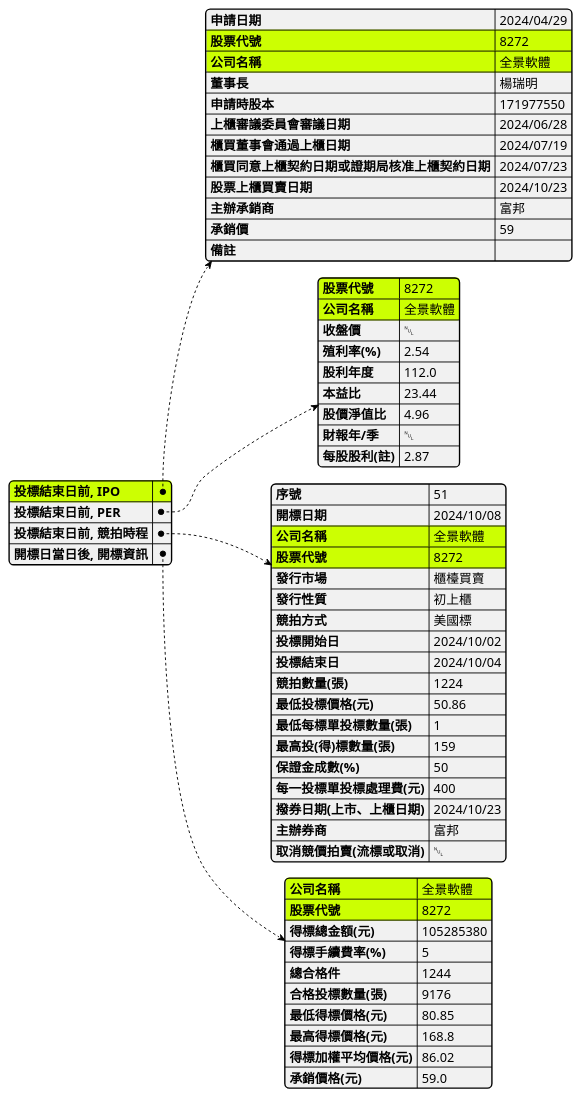
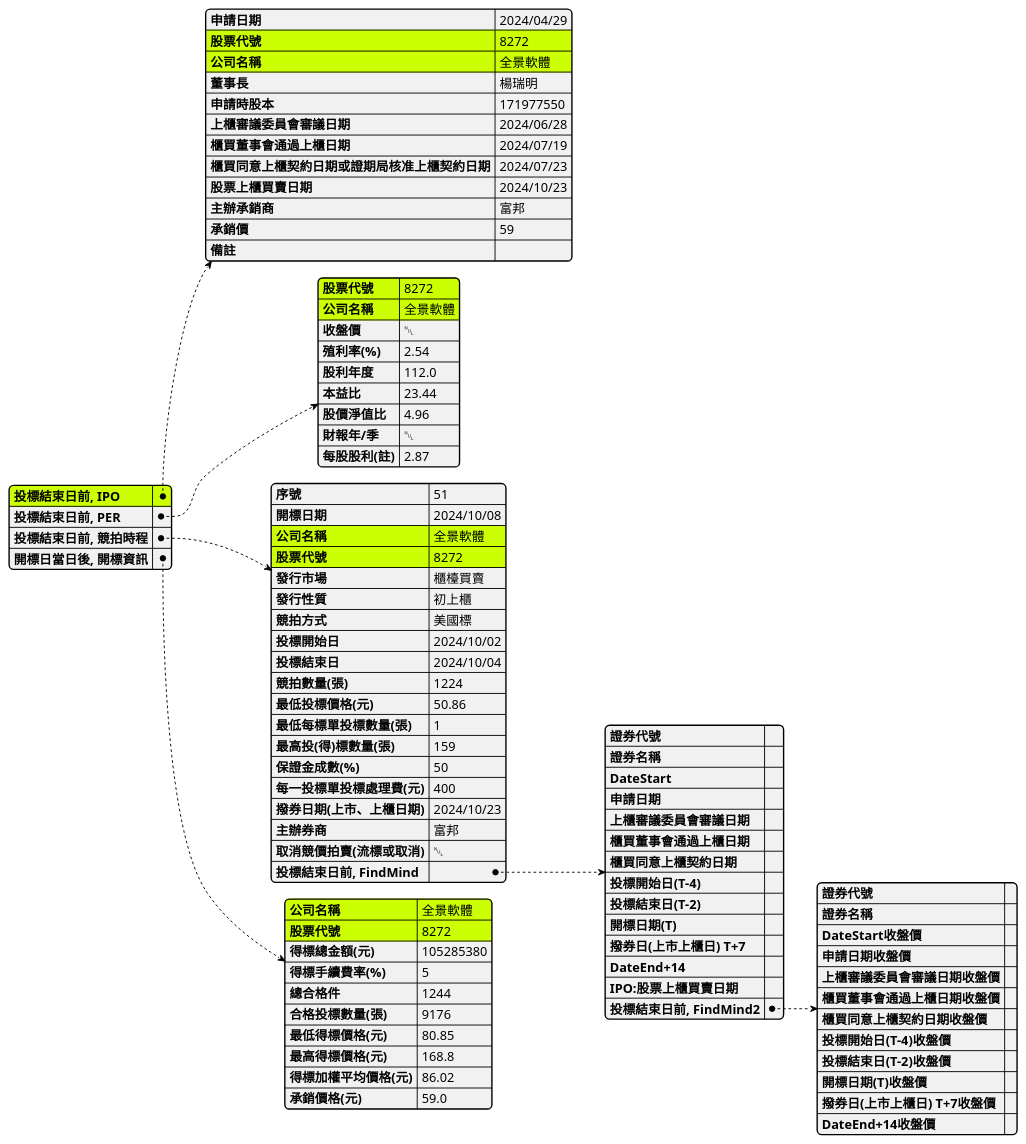
The diagram in IPO.plantuml (wenchiehlee/Selenium-Actions.Auction), drawn with PlantUML before and after one commit.

```diff
--- a/IPO.plantuml
+++ b/IPO.plantuml
@@ -1,83 +1,113 @@
 @startjson
 
 skinparam BoxPadding 10
 skinparam actorStyle awesome
 skinparam LegendBorderThickness 1
 skinparam backgroundColor transparent
 
 #highlight  "投標結束日前, IPO"
 
 #highlight  "投標結束日前, IPO" / "股票代號"
 #highlight  "投標結束日前, IPO" / "公司名稱"
 
 #highlight  "投標結束日前, PER" / "股票代號"
 #highlight  "投標結束日前, PER" / "公司名稱"
 
 #highlight  "投標結束日前, 競拍時程" / "股票代號"
 #highlight  "投標結束日前, 競拍時程" / "公司名稱"
 
 #highlight  "開標日當日後, 開標資訊" / "股票代號"
 #highlight  "開標日當日後, 開標資訊" / "公司名稱"
 
 
 {
   "投標結束日前, IPO":     {
   "申請日期": "2024/04/29",
   "股票代號": "8272",
   "公司名稱": "全景軟體",
   "董事長": "楊瑞明",
   "申請時股本": 171977550,
   "上櫃審議委員會審議日期": "2024/06/28",
   "櫃買董事會通過上櫃日期": "2024/07/19",
   "櫃買同意上櫃契約日期或證期局核准上櫃契約日期": "2024/07/23",
   "股票上櫃買賣日期": "2024/10/23",
   "主辦承銷商": "富邦",
   "承銷價": 59,
   "備註": ""
     },
 
   "投標結束日前, PER":     {
         "股票代號": "8272",
         "公司名稱": "全景軟體",
         "收盤價": null,
         "殖利率(%)": 2.54,
         "股利年度": 112.0,
         "本益比": 23.44,
         "股價淨值比": 4.96,
         "財報年/季": null,
         "每股股利(註)": 2.87
     },
   "投標結束日前, 競拍時程":     {
         "序號": 51,
         "開標日期": "2024/10/08",
         "公司名稱": "全景軟體",
         "股票代號": "8272",
         "發行市場": "櫃檯買賣",
         "發行性質": "初上櫃",
         "競拍方式": "美國標",
         "投標開始日": "2024/10/02",
         "投標結束日": "2024/10/04",
         "競拍數量(張)": 1224,
         "最低投標價格(元)": 50.86,
         "最低每標單投標數量(張)": 1,
         "最高投(得)標數量(張)": 159,
         "保證金成數(%)": 50,
         "每一投標單投標處理費(元)": 400,
         "撥券日期(上市、上櫃日期)": "2024/10/23",
         "主辦券商": "富邦",
-        "取消競價拍賣(流標或取消)": null
+        "取消競價拍賣(流標或取消)": null,
+
+        "投標結束日前, FindMind": {
+        "證券代號": "",
+        "證券名稱": "",
+        "DateStart":"",
+        "申請日期": "",
+        "上櫃審議委員會審議日期":"",
+        "櫃買董事會通過上櫃日期":"",
+        "櫃買同意上櫃契約日期":"",
+        "投標開始日(T-4)":"",
+        "投標結束日(T-2)":"",
+        "開標日期(T)":"",
+        "撥券日(上市上櫃日) T+7":"",
+        "DateEnd+14":"",
+        "IPO:股票上櫃買賣日期":"",
+        "投標結束日前, FindMind2": {
+        "證券代號": "",
+        "證券名稱": "",
+        "DateStart收盤價":"",
+        "申請日期收盤價": "",
+        "上櫃審議委員會審議日期收盤價":"",
+        "櫃買董事會通過上櫃日期收盤價":"",
+        "櫃買同意上櫃契約日期收盤價":"",
+        "投標開始日(T-4)收盤價":"",
+        "投標結束日(T-2)收盤價":"",
+        "開標日期(T)收盤價":"",
+        "撥券日(上市上櫃日) T+7收盤價":"",
+        "DateEnd+14收盤價":""
+        }
+        }
     },
   "開標日當日後, 開標資訊": {
     "公司名稱": "全景軟體",
     "股票代號": "8272",
     "得標總金額(元)": 105285380,
     "得標手續費率(%)": 5,
     "總合格件": 1244,
     "合格投標數量(張)": 9176,
     "最低得標價格(元)": 80.85,
     "最高得標價格(元)": 168.8,
     "得標加權平均價格(元)": 86.02,
     "承銷價格(元)": 59.0
   }
 }
 @endjson
```
